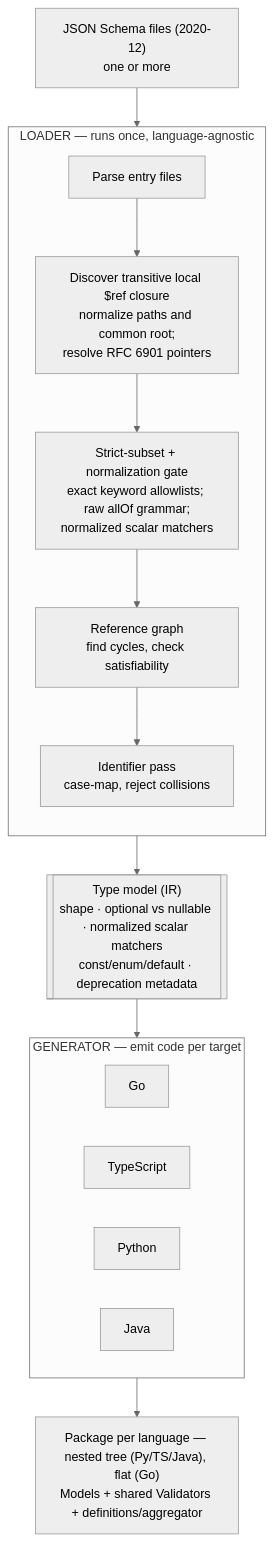
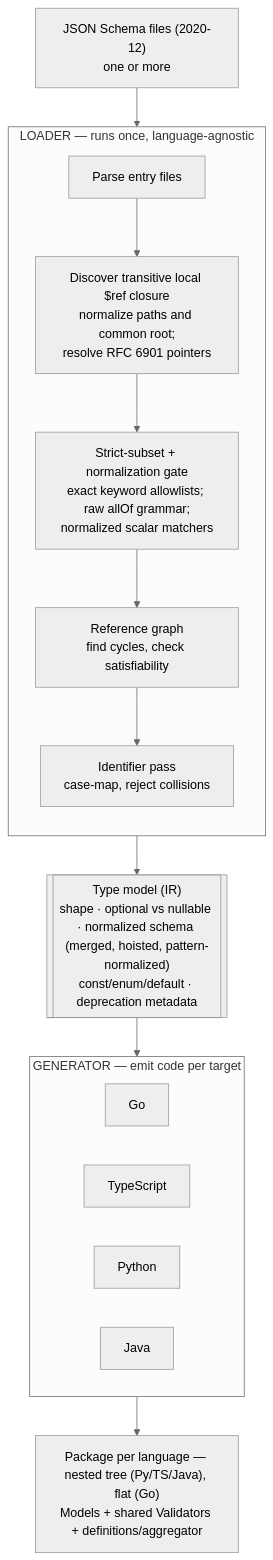
The first of 2 diagrams in specs/json-schema/pipeline.md (bergundy/nexgen), drawn with Mermaid (neutral theme) before and after one commit. The commit also changed other lines of this file and 287 other files, not shown here.

First line of the commit message:
Close JSON Schema gap-analysis findings (#169)

````diff
--- a/specs/json-schema/pipeline.md
+++ b/specs/json-schema/pipeline.md
@@ -25,28 +41,28 @@
 ```mermaid
 flowchart TD
     F["JSON Schema files (2020-12)<br/>one or more"]
 
     subgraph LOADER["LOADER — runs once, language-agnostic"]
       direction TB
       P["Parse entry files"]
       R["Discover transitive local $ref closure<br/>normalize paths and common root;<br/>resolve RFC 6901 pointers"]
       S["Strict-subset + normalization gate<br/>exact keyword allowlists; raw allOf grammar;<br/>normalized scalar matchers"]
       G["Reference graph<br/>find cycles, check satisfiability"]
       N["Identifier pass<br/>case-map, reject collisions"]
       P --> R --> S --> G --> N
     end
 
-    IR[["Type model (IR)<br/>shape · optional vs nullable · normalized scalar matchers<br/>const/enum/default · deprecation metadata"]]
+    IR[["Type model (IR)<br/>shape · optional vs nullable · normalized schema (merged, hoisted, pattern-normalized)<br/>const/enum/default · deprecation metadata"]]
 
     subgraph GEN["GENERATOR — emit code per target"]
       direction LR
       GO["Go"]
       TS["TypeScript"]
       PY["Python"]
       JV["Java"]
     end
 
     OUT["Package per language — nested tree (Py/TS/Java), flat (Go)<br/>Models + shared Validators + definitions/aggregator"]
 
     F --> LOADER --> IR --> GEN --> OUT
 ```
````
